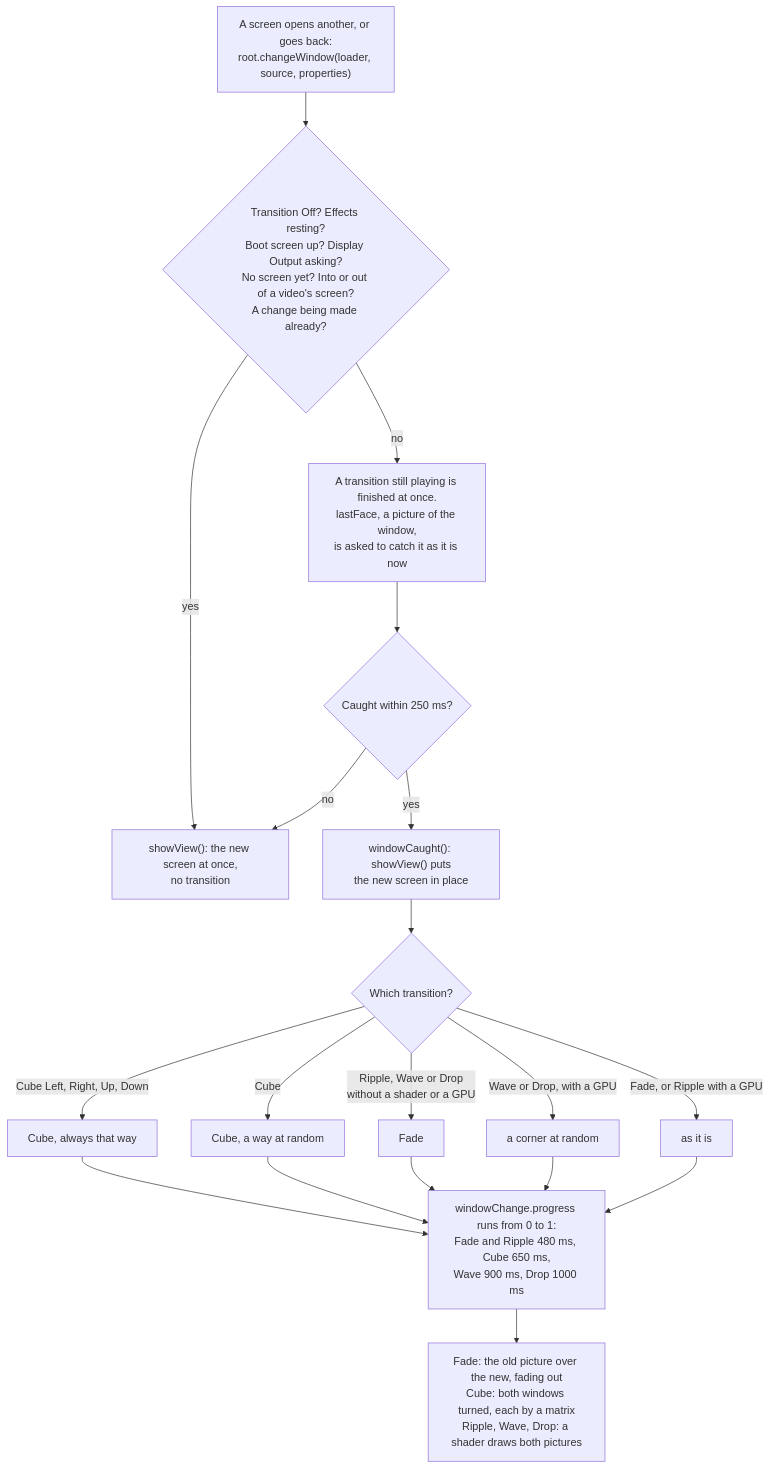
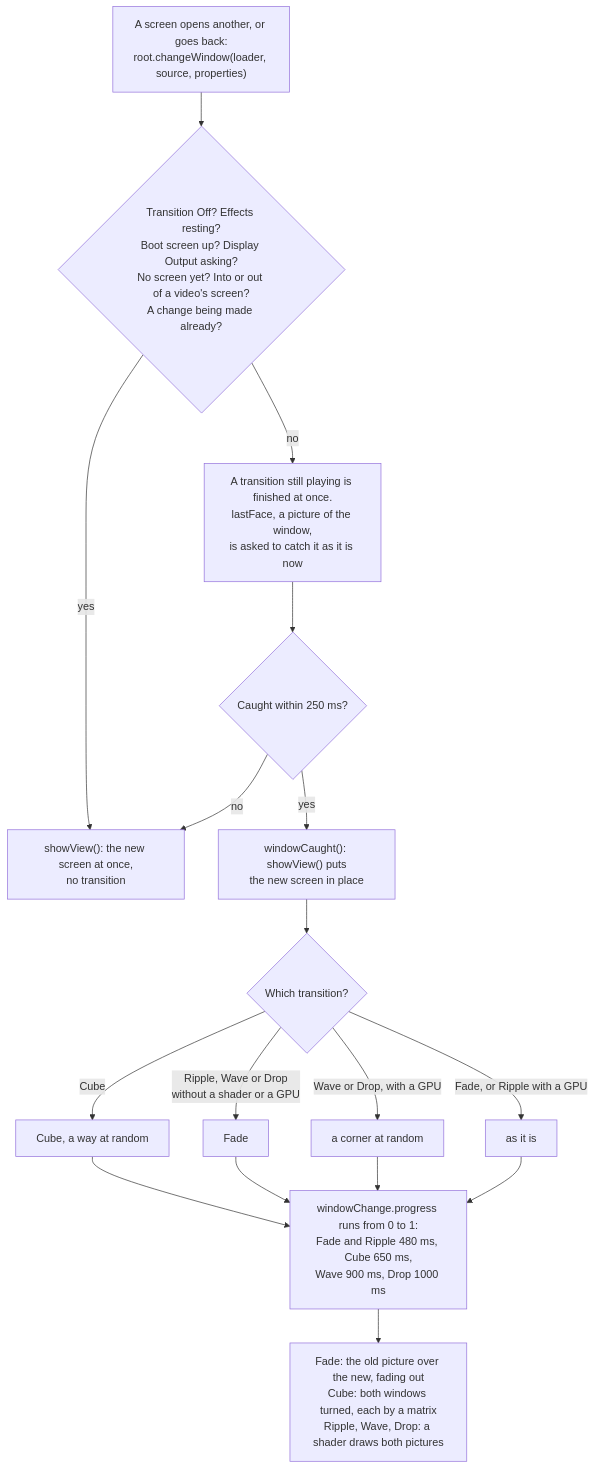
One commit to mehmetraif/240-MP changed the diagram in docs/wiki/Effects.md. Above: the diagram before and after it, drawn with Mermaid. The commit also changed other lines of this file and 15 other files, not shown here.

First line of the commit message:
feat: the fire inside the window's frame; the cube at random only

````diff
--- a/docs/wiki/Effects.md
+++ b/docs/wiki/Effects.md
@@ -194,21 +193,19 @@
 ```mermaid
 flowchart TD
     A["A screen opens another, or goes back:<br/>root.changeWindow(loader, source, properties)"] --> B{"Transition Off? Effects resting?<br/>Boot screen up? Display Output asking?<br/>No screen yet? Into or out of a video's screen?<br/>A change being made already?"}
     B -- yes --> S["showView(): the new screen at once,<br/>no transition"]
     B -- no --> C["A transition still playing is finished at once.<br/>lastFace, a picture of the window,<br/>is asked to catch it as it is now"]
     C --> D{"Caught within 250 ms?"}
     D -- "no" --> S
     D -- yes --> E["windowCaught(): showView() puts<br/>the new screen in place"]
     E --> F{"Which transition?"}
-    F -- "Cube Left, Right, Up, Down" --> G["Cube, always that way"]
     F -- "Cube" --> H["Cube, a way at random"]
     F -- "Ripple, Wave or Drop<br/>without a shader or a GPU" --> I["Fade"]
     F -- "Wave or Drop, with a GPU" --> J["a corner at random"]
     F -- "Fade, or Ripple with a GPU" --> K["as it is"]
-    G --> L["windowChange.progress runs from 0 to 1:<br/>Fade and Ripple 480 ms, Cube 650 ms,<br/>Wave 900 ms, Drop 1000 ms"]
-    H --> L
+    H --> L["windowChange.progress runs from 0 to 1:<br/>Fade and Ripple 480 ms, Cube 650 ms,<br/>Wave 900 ms, Drop 1000 ms"]
     I --> L
     J --> L
     K --> L
     L --> M["Fade: the old picture over the new, fading out<br/>Cube: both windows turned, each by a matrix<br/>Ripple, Wave, Drop: a shader draws both pictures"]
 ```
````
